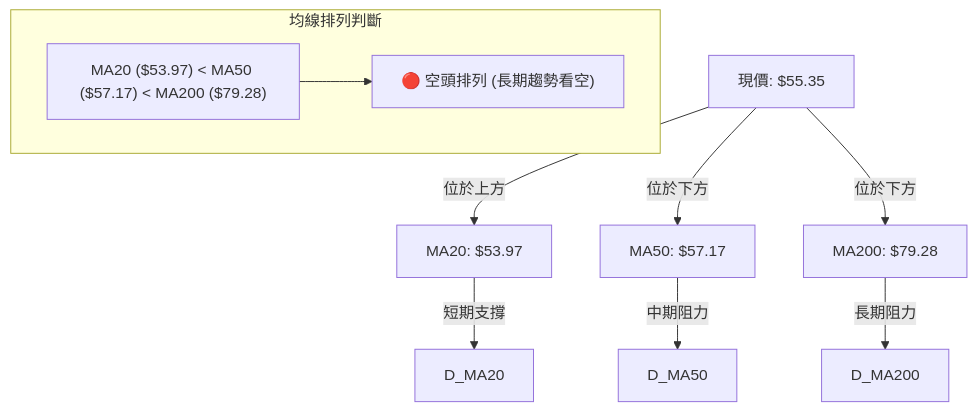
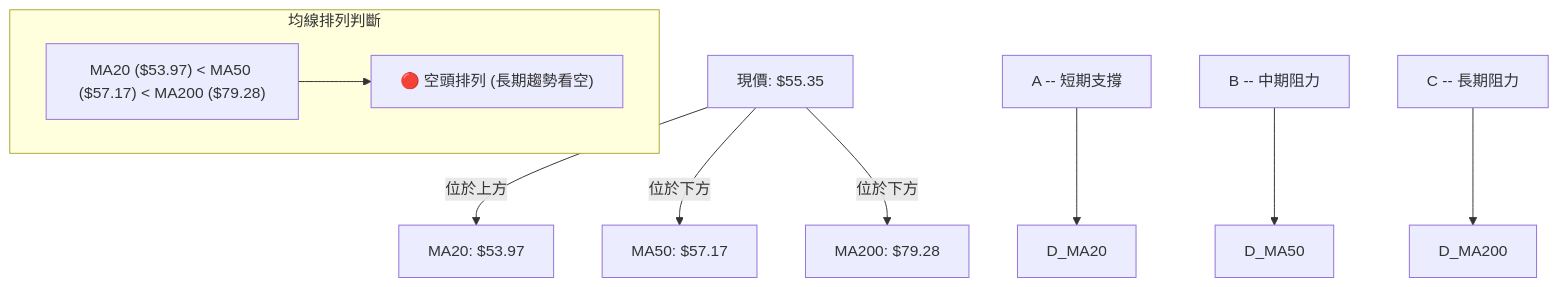
The seventh of 11 diagrams in ai_gen_report/stock/ktos/technical_analysis_2026-07-05_gemini.md (yennanliu/finance_data), drawn with Mermaid before and after one commit. The commit also changed other lines of this file and 2258 other files, not shown here.

First line of the commit message:
chore: backfill Mermaid syntax repair across existing reports

````diff
--- a/ai_gen_report/stock/ktos/technical_analysis_2026-07-05_gemini.md
+++ b/ai_gen_report/stock/ktos/technical_analysis_2026-07-05_gemini.md
@@ -429,20 +429,20 @@
 ```mermaid
 graph TD
     D["現價: $55.35"]
     A["MA20: $53.97"]
     B["MA50: $57.17"]
     C["MA200: $79.28"]
 
-    D -->|位於上方| A
-    D -->|位於下方| B
-    D -->|位於下方| C
+    D -->|"位於上方"| A
+    D -->|"位於下方"| B
+    D -->|"位於下方"| C
 
-    A -- "短期支撐" --> D_MA20
-    B -- "中期阻力" --> D_MA50
-    C -- "長期阻力" --> D_MA200
+    nb1["A -- "短期支撐""] --> D_MA20
+    nb2["B -- "中期阻力""] --> D_MA50
+    nb3["C -- "長期阻力""] --> D_MA200
 
     subgraph 均線排列判斷
         MA_Arrangement["MA20 ($53.97) < MA50 ($57.17) < MA200 ($79.28)"]
         MA_Arrangement --> Bearish["🔴 空頭排列 (長期趨勢看空)"]
     end
 ```
````
